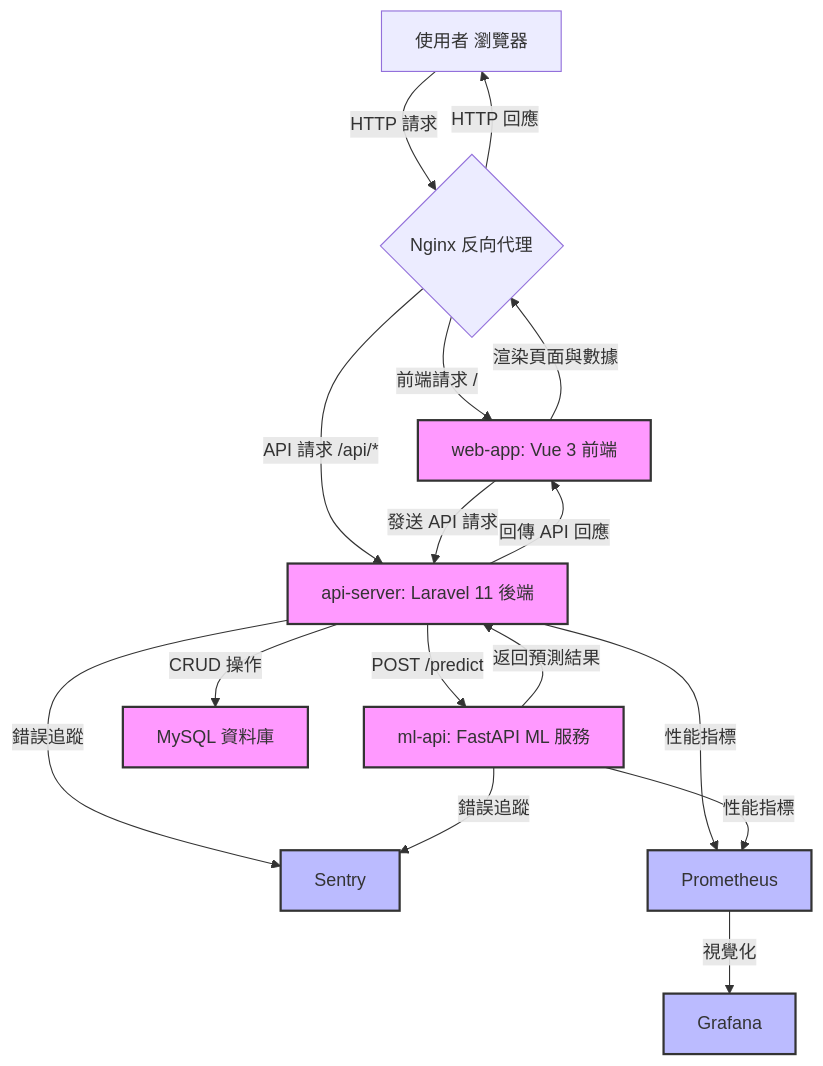
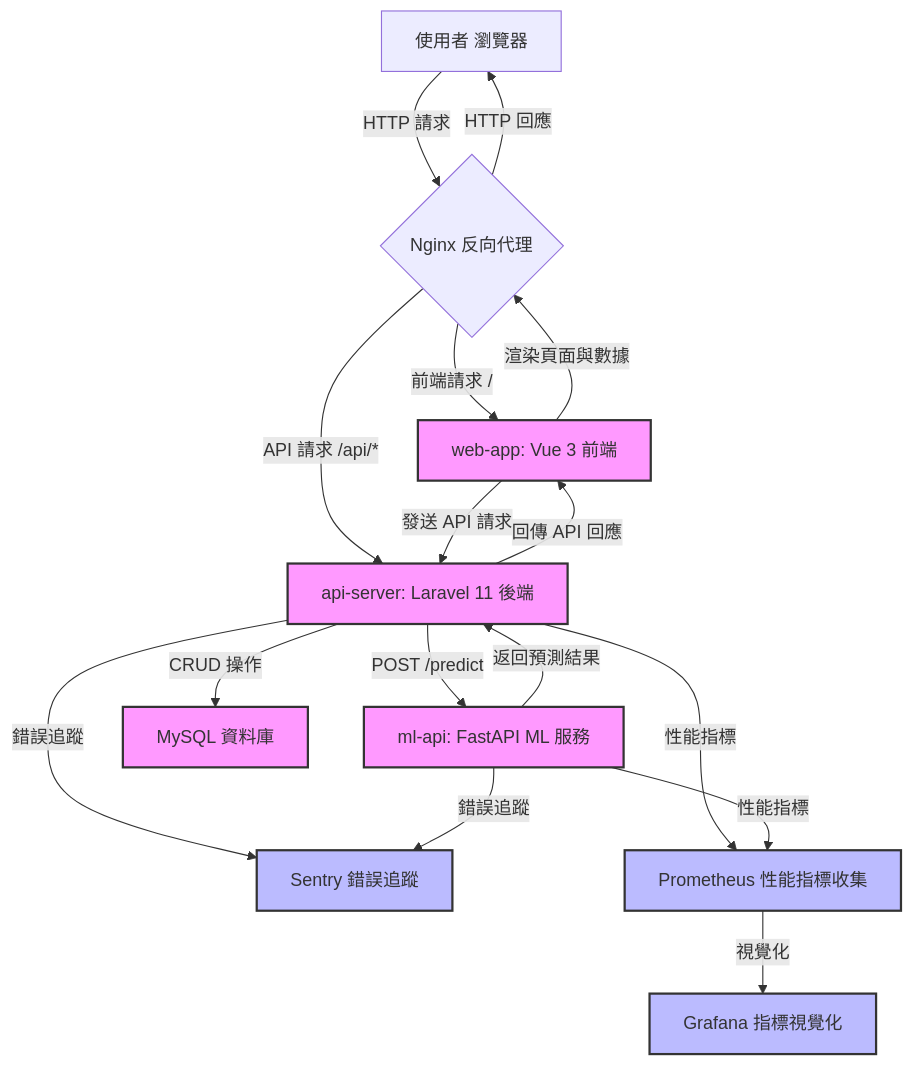
The diagram in README.md (BpsEason/deliverpredictor), drawn with Mermaid before and after one commit.

````diff
--- a/README.md
+++ b/README.md
@@ -22,37 +22,37 @@
 ```mermaid
 graph TD
     %% 使用者訪問前端
     A[使用者 瀏覽器] -->|HTTP 請求| B{Nginx 反向代理}
 
     %% Nginx 路由請求
     B -->|前端請求 /| C[web-app: Vue 3 前端]
     B -->|API 請求 /api/*| D[api-server: Laravel 11 後端]
 
     %% 前端與後端交互
     C -->|發送 API 請求| D
     D -->|回傳 API 回應| C
 
     %% 後端與 ML 服務交互
     D -->|POST /predict| E[ml-api: FastAPI ML 服務]
     E -->|返回預測結果| D
 
     %% 後端與資料庫交互
     D -->|CRUD 操作| F[MySQL 資料庫]
 
     %% 回應給使用者
     C -->|渲染頁面與數據| B
     B -->|HTTP 回應| A
 
     %% 監控服務
-    D -->|錯誤追蹤| G[Sentry]
+    D -->|錯誤追蹤| G[Sentry 錯誤追蹤]
     E -->|錯誤追蹤| G
-    D -->|性能指標| H[Prometheus]
+    D -->|性能指標| H[Prometheus 性能指標收集]
     E -->|性能指標| H
-    H -->|視覺化| I[Grafana]
+    H -->|視覺化| I[Grafana 指標視覺化]
 
     %% 服務說明
     classDef service fill:#f9f,stroke:#333,stroke-width:2px;
     class C,D,E,F service;
     classDef monitor fill:#bbf,stroke:#333,stroke-width:2px;
     class G,H,I monitor;
 ```
````
